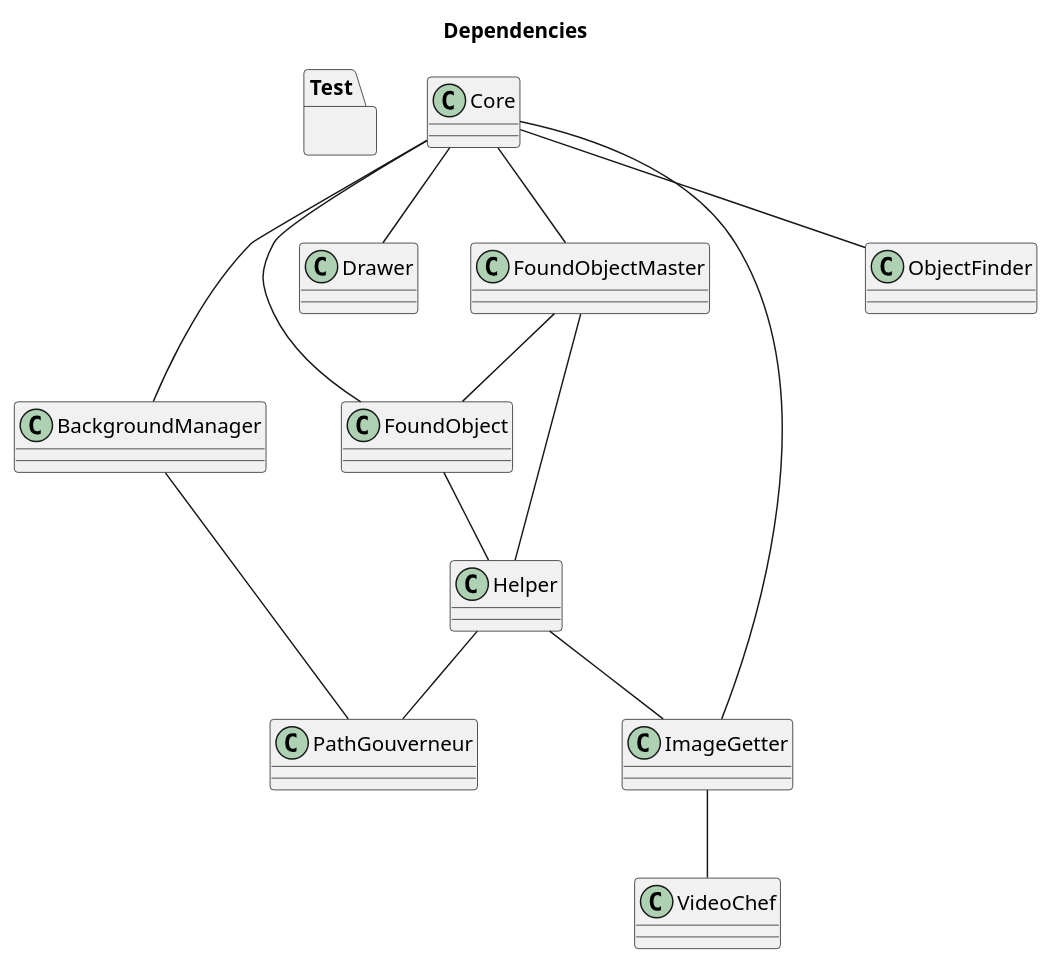
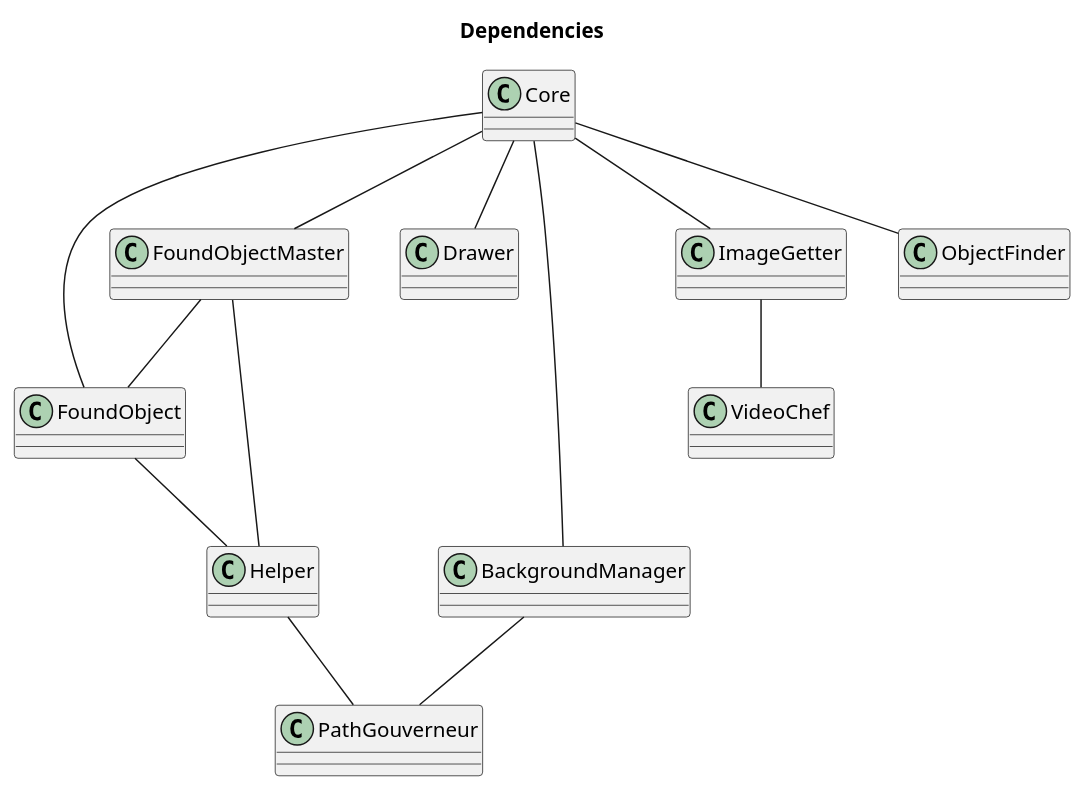
Before and after one commit to NewTec-GmbH/SpaceShipRadar: the diagram in doc/uml/swarch.puml, drawn with PlantUML. The commit also changed 3 other files, not shown here.

Commit message:
added record_video function to image getter

```diff
--- a/doc/uml/swarch.puml
+++ b/doc/uml/swarch.puml
@@ -1,41 +1,38 @@
 @startuml swarch
 title Dependencies
 
-package Test {
-}
+
 
 class Core
 class Helper
 
 class FoundObject
 class FoundObjectMaster
 
 class Drawer
 class BackgroundManager
 class PathGouverneur
 
 class VideoChef
 class ImageGetter
-
 class ObjectFinder
 
 Core -- FoundObject
 Core -- FoundObjectMaster
 Core -- Drawer
 Core -- BackgroundManager
 Core -- ImageGetter
 Core -- ObjectFinder
 
 Helper -- PathGouverneur
-Helper -- ImageGetter
 
 FoundObject -- Helper
 
 FoundObjectMaster -- FoundObject
 FoundObjectMaster -- Helper
 
 BackgroundManager -- PathGouverneur
 
 ImageGetter -- VideoChef
 
 @enduml
```
